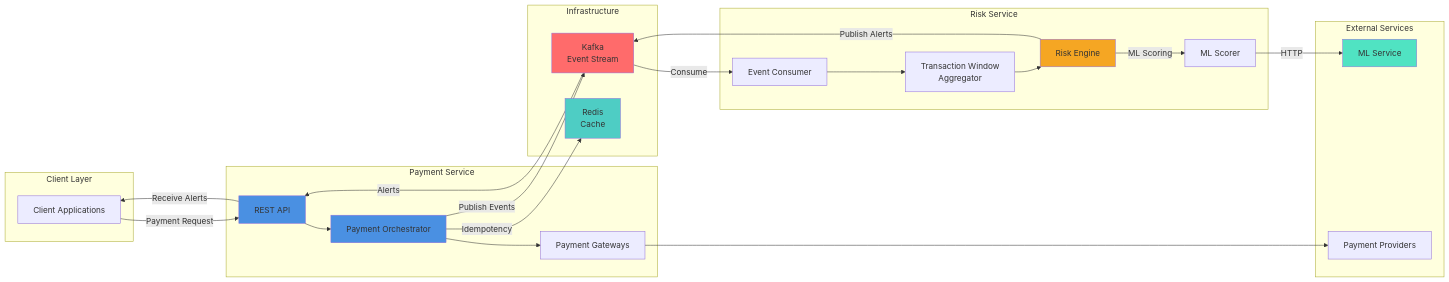
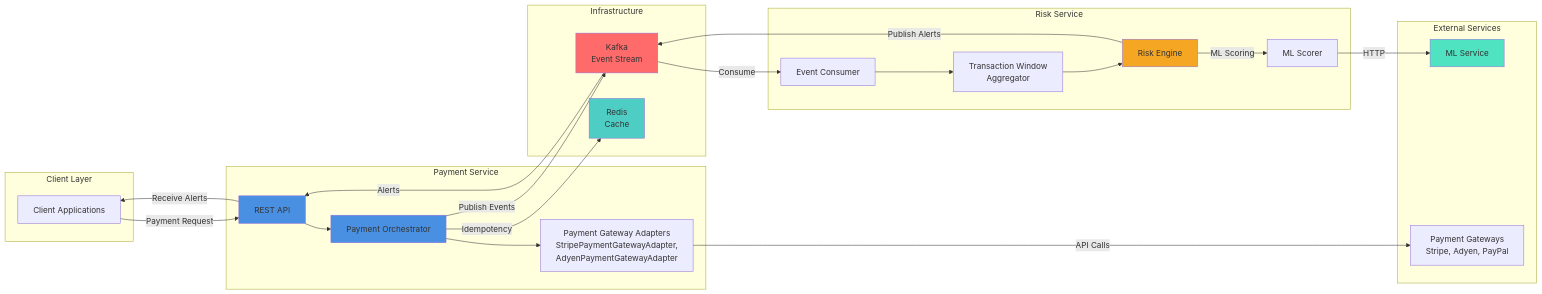
One commit to mehal1/payment-integration-framework changed the diagram in README.md. Above: the diagram before and after it, drawn with Mermaid. The commit also changed other lines of this file and 20 other files, not shown here.

````diff
--- a/README.md
+++ b/README.md
@@ -125,52 +159,52 @@
 ```mermaid
 graph LR
     subgraph CL["Client Layer"]
         Client[Client Applications]
     end
 
     subgraph PS["Payment Service"]
         API[REST API]
         Orchestrator[Payment Orchestrator]
-        Gateway[Payment Gateways]
+        Adapters[Payment Gateway Adapters<br/>StripePaymentGatewayAdapter,<br/>AdyenPaymentGatewayAdapter]
     end
 
     subgraph RS["Risk Service"]
         Consumer[Event Consumer]
         Aggregator[Transaction Window<br/>Aggregator]
         RiskEngine[Risk Engine]
         MLScorer[ML Scorer]
     end
 
     subgraph DL["Infrastructure"]
         Kafka[Kafka<br/>Event Stream]
         Redis[Redis<br/>Cache]
     end
 
     subgraph ES["External Services"]
         MLService[ML Service]
-        PaymentProviders[Payment Providers]
+        PaymentGateways[Payment Gateways<br/>Stripe, Adyen, PayPal]
     end
 
     Client -->|Payment Request| API
     API --> Orchestrator
     Orchestrator -->|Idempotency| Redis
-    Orchestrator --> Gateway
-    Gateway --> PaymentProviders
+    Orchestrator --> Adapters
+    Adapters -->|API Calls| PaymentGateways
     Orchestrator -->|Publish Events| Kafka
     
     Kafka -->|Consume| Consumer
     Consumer --> Aggregator
     Aggregator --> RiskEngine
     RiskEngine -->|ML Scoring| MLScorer
     MLScorer -->|HTTP| MLService
     RiskEngine -->|Publish Alerts| Kafka
     Kafka -->|Alerts| API
     API -->|Receive Alerts| Client
 
     style API fill:#4A90E2
     style Orchestrator fill:#4A90E2
     style RiskEngine fill:#F5A623
     style Kafka fill:#FF6B6B
     style Redis fill:#4ECDC4
     style MLService fill:#50E3C2
 ```
````
